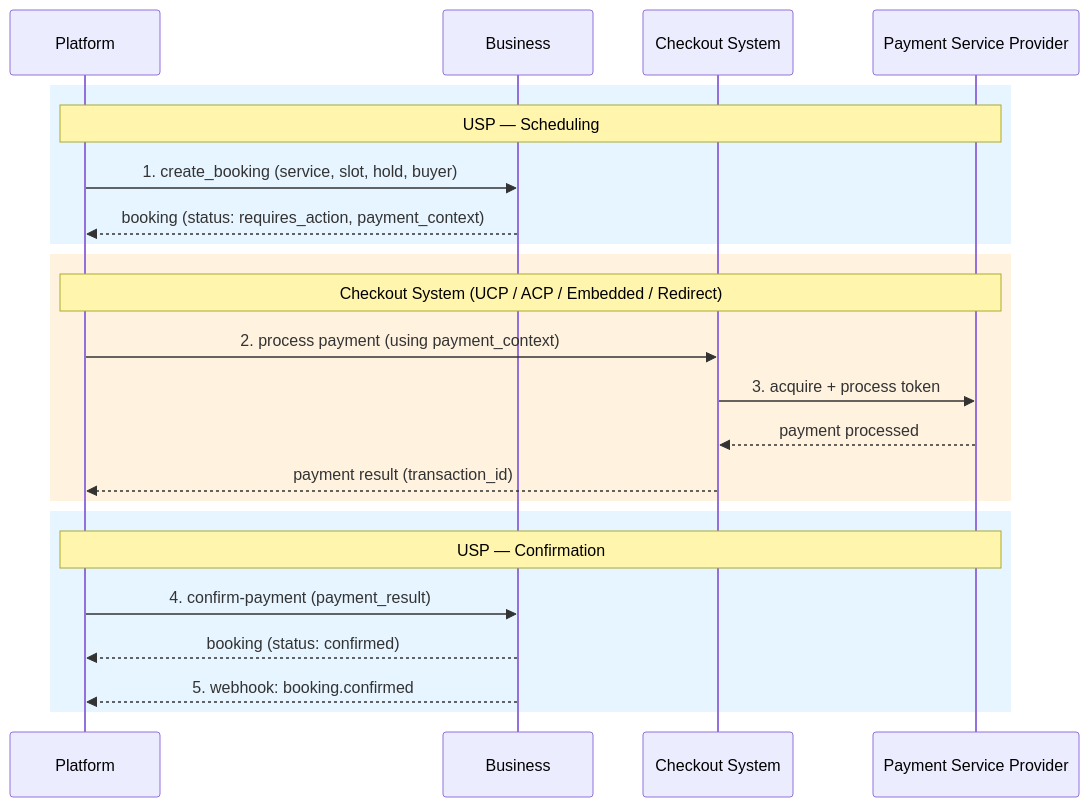
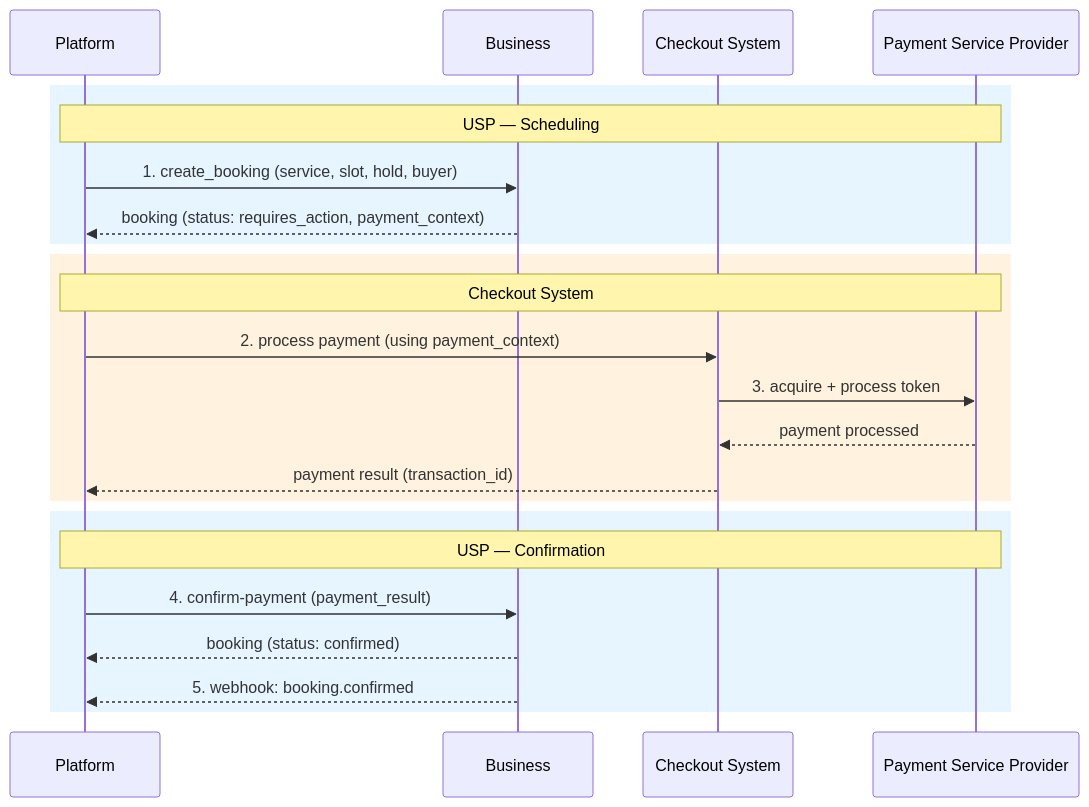
The third of 8 diagrams in hybrid/specification.md (wix/universal-scheduling-protocol), drawn with Mermaid before and after one commit. The commit also changed other lines of this file and 1 other file, not shown here.

````diff
--- a/hybrid/specification.md
+++ b/hybrid/specification.md
@@ -944,28 +1641,28 @@
 ```mermaid
 sequenceDiagram
     participant P as Platform
     participant B as Business
     participant CS as Checkout System
     participant PSP as Payment Service Provider
 
     rect rgb(230, 245, 255)
     Note over P,PSP: USP — Scheduling
     P->>B: 1. create_booking (service, slot, hold, buyer)
     B-->>P: booking (status: requires_action, payment_context)
     end
 
     rect rgb(255, 243, 224)
-    Note over P,PSP: Checkout System (UCP / ACP / Embedded / Redirect)
+    Note over P,PSP: Checkout System
     P->>CS: 2. process payment (using payment_context)
     CS->>PSP: 3. acquire + process token
     PSP-->>CS: payment processed
     CS-->>P: payment result (transaction_id)
     end
 
     rect rgb(230, 245, 255)
     Note over P,PSP: USP — Confirmation
     P->>B: 4. confirm-payment (payment_result)
     B-->>P: booking (status: confirmed)
     B-->>P: 5. webhook: booking.confirmed
     end
 ```
````
